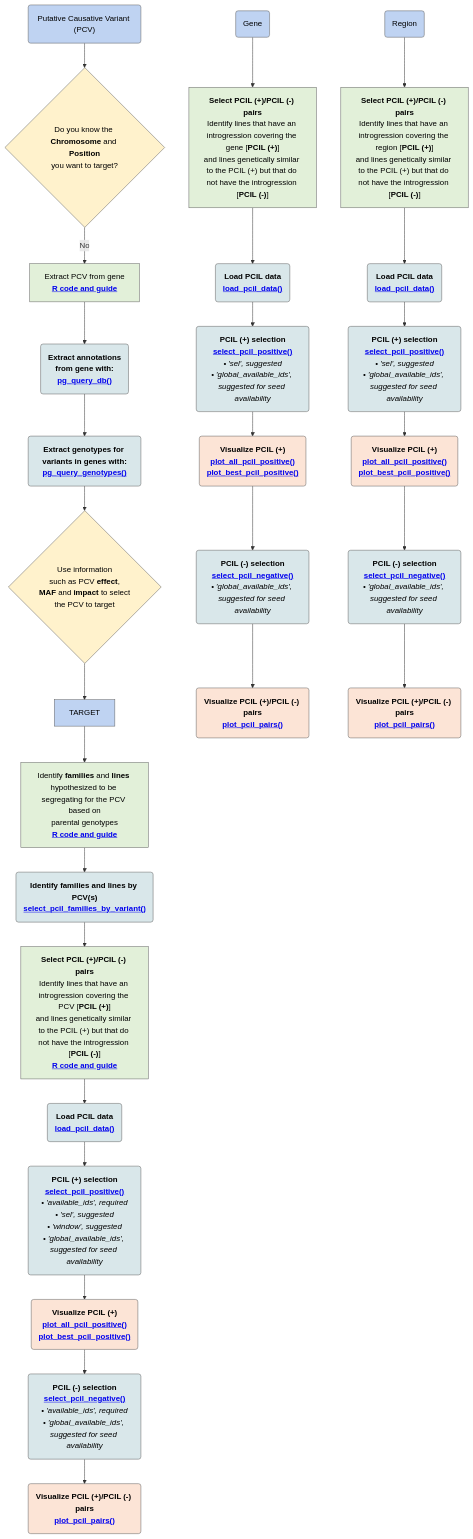
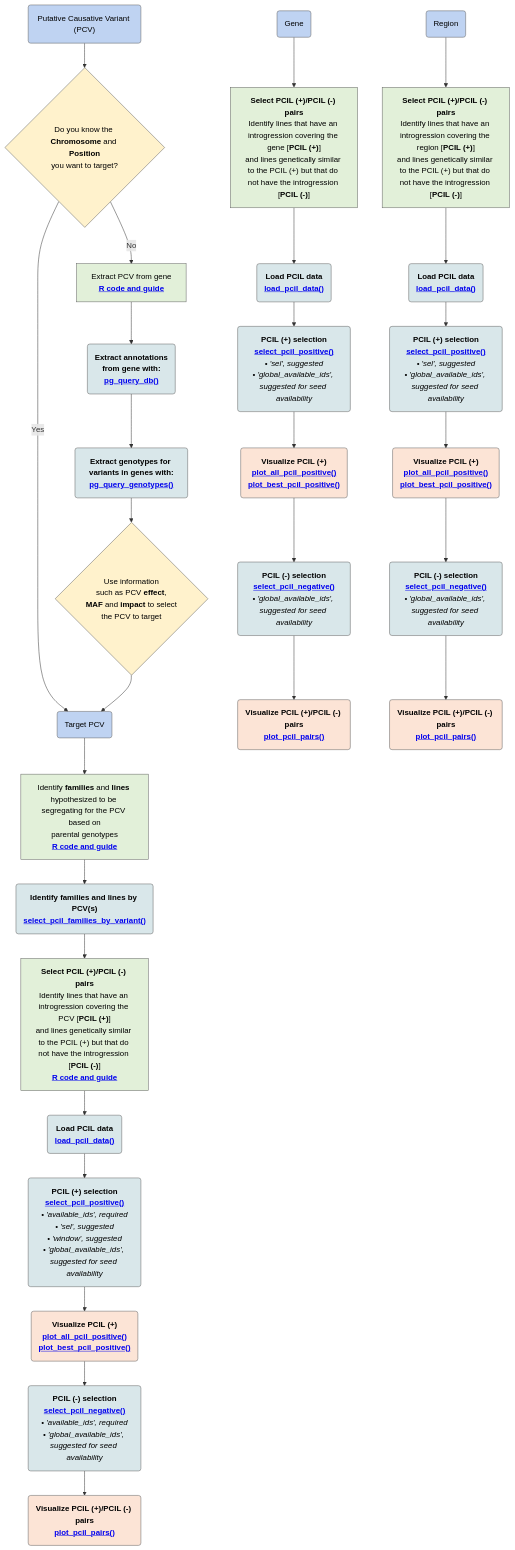
Before and after one commit to claracruet/PCIL_selection_pipeline: the diagram in README.md, drawn with Mermaid.

```diff
--- a/README.md
+++ b/README.md
@@ -54,7 +54,10 @@
 %% =========================================================
 
 PCV --> KNOW{"Do you know the <b>Chromosome</b> and <b>Position</b><br/>you want to target?"}
+
 KNOW -->|No| EXTRACT["Extract PCV from gene<br/><a href='https://github.com/claracruet/PCIL_selection_pipeline/blob/main/PCV_from_gene_selection.md'><b>R code and guide</b></a>"]
+
+KNOW -->|Yes| TARGET("Target PCV")
 
 EXTRACT --> ANN("<b>Extract annotations</b><br/><b>from gene with:</b><br/><a href='https://awkena.github.io/panGenomeBreedr/articles/panGenomeBreedr_Workflows.html'><b>pg_query_db()</b></a>")
 
```
